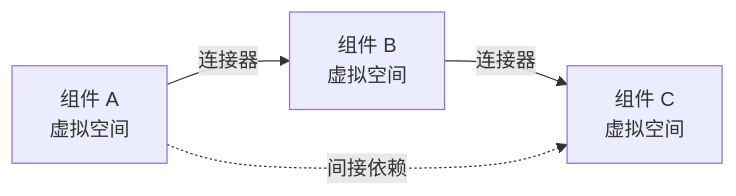
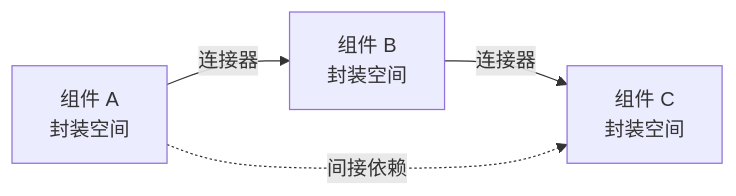
One commit to crashingby/homepage changed the second of 9 diagrams in src/content/blog/Software-Construction/Chap04.md. Above: the diagram before and after it, drawn with Mermaid. The commit also changed other lines of this file and 6 other files, not shown here.

````diff
--- a/src/content/blog/Software-Construction/Chap04.md
+++ b/src/content/blog/Software-Construction/Chap04.md
@@ -88,6 +69,6 @@
 ```mermaid
 flowchart LR
-  A["组件 A<br/>虚拟空间"] -- "连接器" --> B["组件 B<br/>虚拟空间"]
-  B -- "连接器" --> C["组件 C<br/>虚拟空间"]
+  A["组件 A<br/>封装空间"] -- "连接器" --> B["组件 B<br/>封装空间"]
+  B -- "连接器" --> C["组件 C<br/>封装空间"]
   A -. "间接依赖" .-> C
 ```
````
